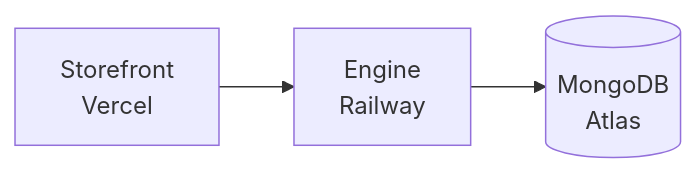
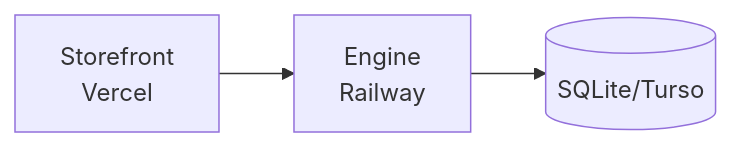
One commit to unchainedshop/unchained changed the first of 2 diagrams in docs/docs/deployment/index.md. Above: the diagram before and after it, drawn with Mermaid. The commit also changed other lines of this file and 37 other files, not shown here.

````diff
--- a/docs/docs/deployment/index.md
+++ b/docs/docs/deployment/index.md
@@ -81,4 +82,4 @@
 ```mermaid
 flowchart LR
-    S[Storefront<br/>Vercel] --> E[Engine<br/>Railway] --> D[(MongoDB<br/>Atlas)]
+    S[Storefront<br/>Vercel] --> E[Engine<br/>Railway] --> D[(SQLite/Turso)]
 ```
````
